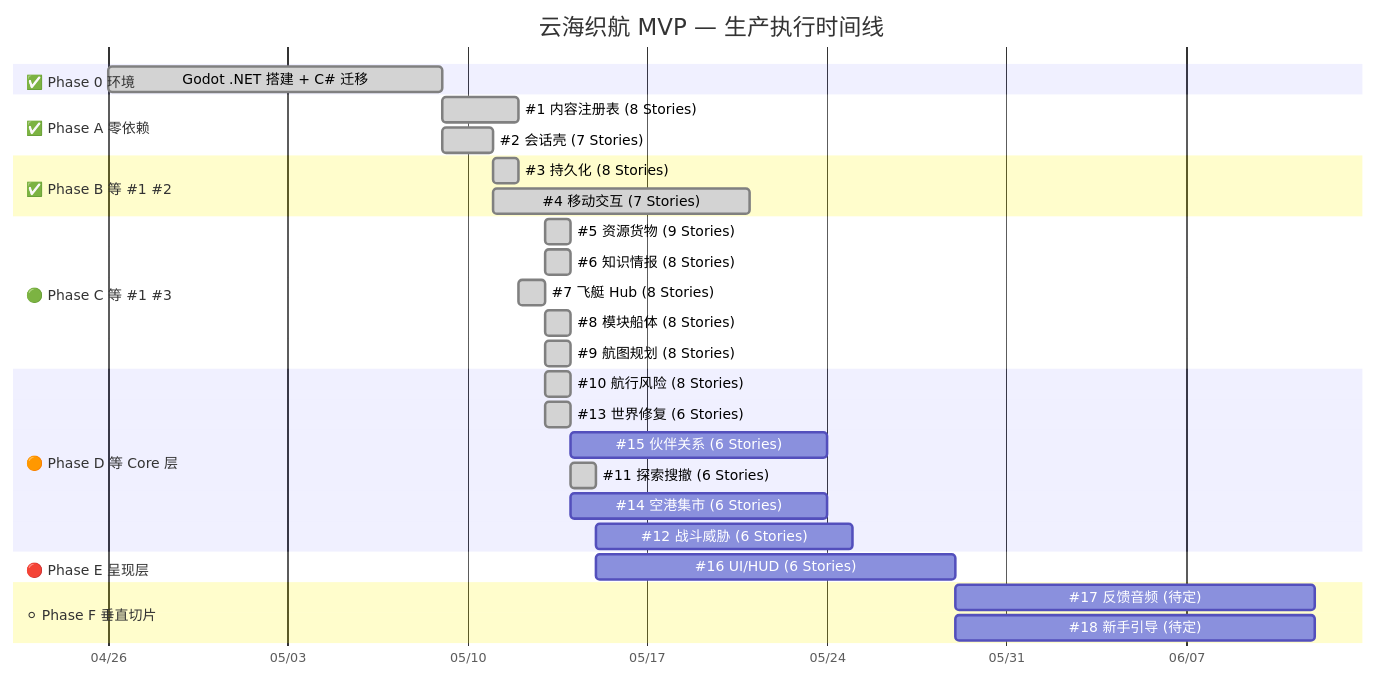
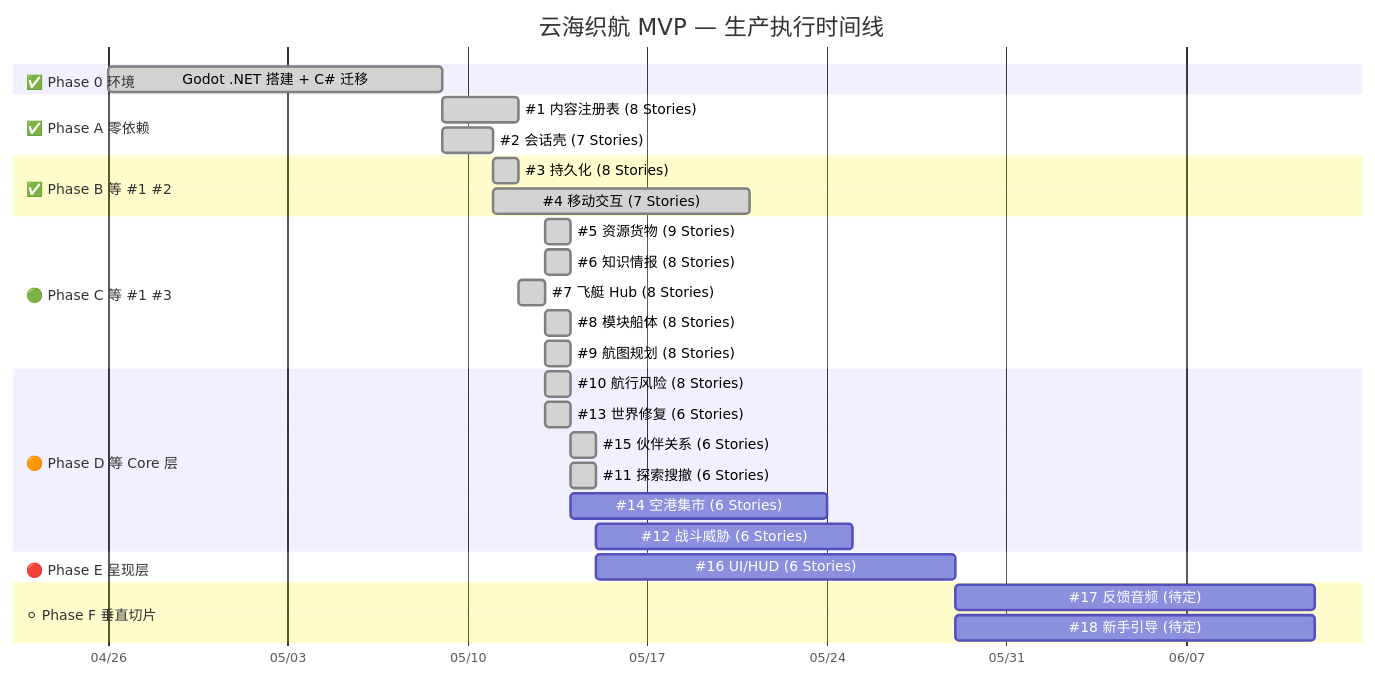
The first of 3 diagrams in docs/reference/production-flowchart.md (lieinsay/Claude-Code-Game-Studios), drawn with Mermaid before and after one commit. The commit also changed other lines of this file and 19 other files, not shown here.

````diff
--- a/docs/reference/production-flowchart.md
+++ b/docs/reference/production-flowchart.md
@@ -13,39 +13,39 @@
 ```mermaid
 gantt
     title 云海织航 MVP — 生产执行时间线
     dateFormat YYYY-MM-DD
     axisFormat %m/%d
 
     section ✅ Phase 0 环境
     Godot .NET 搭建 + C# 迁移   :done,    p0, 2026-04-26, 2026-05-09
 
     section ✅ Phase A 零依赖
     #1 内容注册表 (8 Stories)    :done,    p1a, 2026-05-09, 2026-05-12
     #2 会话壳     (7 Stories)    :done,    p1b, 2026-05-09, 2026-05-11
 
     section ✅ Phase B 等 #1 #2
     #3 持久化     (8 Stories)    :done,    p2a, 2026-05-11, 2026-05-12
     #4 移动交互   (7 Stories)    :done,    p2b, after p1b, 10d
 
     section 🟢 Phase C 等 #1 #3
     #5 资源货物   (9 Stories)    :done,    p3a, 2026-05-13, 1d
     #6 知识情报   (8 Stories)    :done,    p3b, 2026-05-13, 1d
     #7 飞艇 Hub   (8 Stories)    :done,    p3c, 2026-05-12, 1d
     #8 模块船体   (8 Stories)    :done,    p3d, 2026-05-13, 1d
     #9 航图规划   (8 Stories)    :done,    p3e, 2026-05-13, 1d
 
     section 🟠 Phase D 等 Core 层
     #10 航行风险  (8 Stories)    :done,    p4a, 2026-05-13, 1d
     #13 世界修复  (6 Stories)    :done,    p4b, 2026-05-13, 1d
-    #15 伙伴关系  (6 Stories)    :         p4c, after p3e, 10d
+    #15 伙伴关系  (6 Stories)    :done,    p4c, 2026-05-14, 1d
     #11 探索搜撤  (6 Stories)    :done,    p4d, 2026-05-14, 1d
     #14 空港集市  (6 Stories)    :         p4e, after p4b, 10d
     #12 战斗威胁  (6 Stories)    :         p4f, after p4d, 10d
 
     section 🔴 Phase E 呈现层
     #16 UI/HUD    (6 Stories)    :         p5a, after p4d, 14d
 
     section ⚪ Phase F 垂直切片
     #17 反馈音频  (待定)         :         p6a, after p5a, 14d
     #18 新手引导  (待定)         :         p6b, after p5a, 14d
 ```
````
